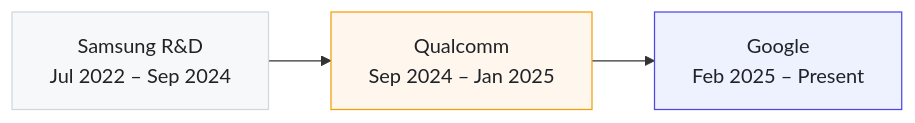
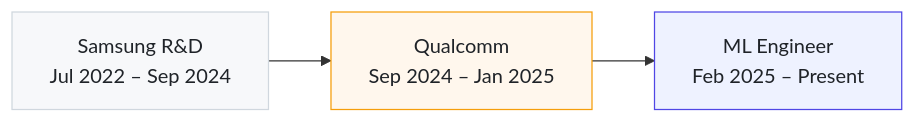
The second of 2 diagrams in index.md (pctablet505/pctablet505.github.io), drawn with Mermaid before and after one commit. The commit also changed other lines of this file and 3 other files, not shown here.

```diff
--- a/index.md
+++ b/index.md
@@ -224,8 +224,8 @@
       <div class="mermaid">
 flowchart LR
     A["Samsung R&D\nJul 2022 – Sep 2024"] --> B["Qualcomm\nSep 2024 – Jan 2025"]
-    B --> C["Google\nFeb 2025 – Present"]
+    B --> C["ML Engineer\nFeb 2025 – Present"]
     style A fill:#f7f8fa,stroke:#d0d7de,color:#1f2328
     style B fill:#fff7ed,stroke:#f59e0b,color:#1f2328
     style C fill:#eef2ff,stroke:#4f46e5,color:#1f2328
       </div>
```
